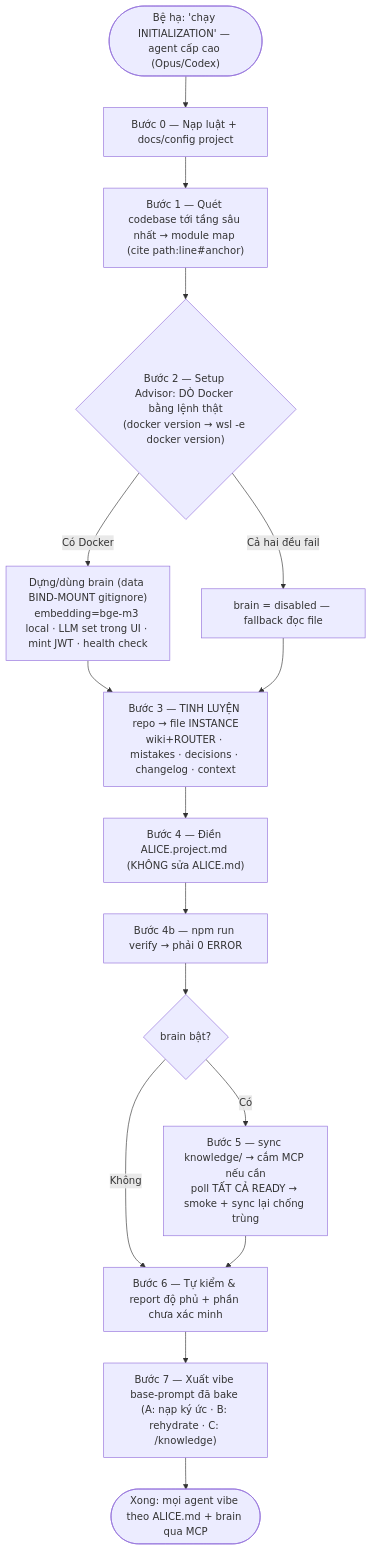
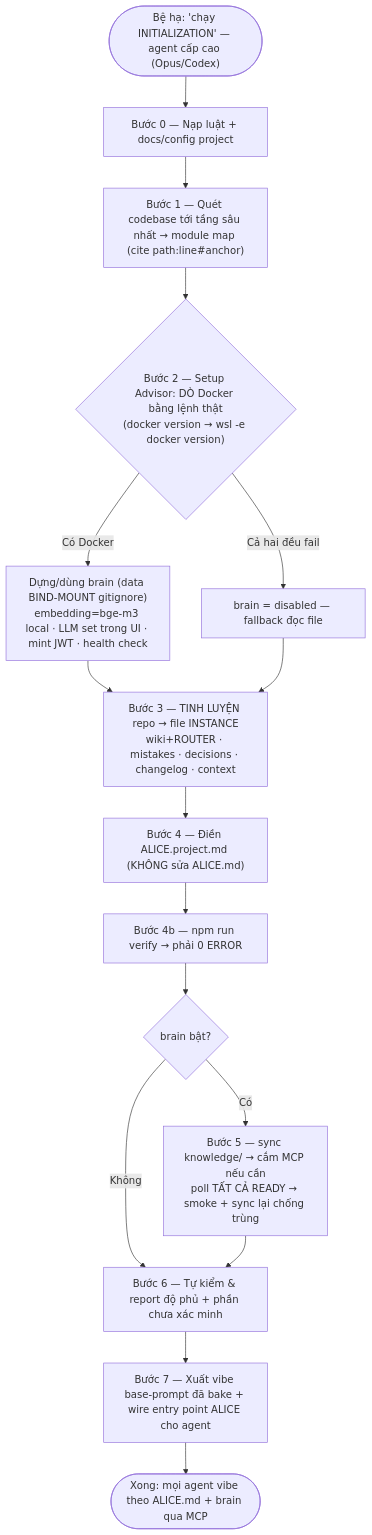
The diagram in INITIALIZATION.md (blueberry-sensei/alice-coding), drawn with Mermaid before and after one commit. The commit also changed other lines of this file and 10 other files, not shown here.

Commit message:
Bump version to 2.4.9; add entry point generation for coding agents and update documentation

````diff
--- a/INITIALIZATION.md
+++ b/INITIALIZATION.md
@@ -11,18 +11,18 @@
 ```mermaid
 flowchart TD
     A(["Bệ hạ: 'chạy INITIALIZATION' — agent cấp cao (Opus/Codex)"]) --> B["Bước 0 — Nạp luật + docs/config project"]
     B --> C["Bước 1 — Quét codebase tới tầng sâu nhất → module map (cite path:line#anchor)"]
     C --> D{"Bước 2 — Setup Advisor: DÒ Docker bằng lệnh thật<br/>(docker version → wsl -e docker version)"}
     D -->|Có Docker| E["Dựng/dùng brain (data BIND-MOUNT gitignore)<br/>embedding=bge-m3 local · LLM set trong UI · mint JWT · health check"]
     D -->|Cả hai đều fail| Ef["brain = disabled — fallback đọc file"]
     E --> F["Bước 3 — TINH LUYỆN repo → file INSTANCE<br/>wiki+ROUTER · mistakes · decisions · changelog · context"]
     Ef --> F
     F --> G4["Bước 4 — Điền ALICE.project.md (KHÔNG sửa ALICE.md)"]
     G4 --> V["Bước 4b — npm run verify → phải 0 ERROR"]
     V --> Gq{"brain bật?"}
     Gq -->|Có| G["Bước 5 — sync knowledge/ → cắm MCP nếu cần<br/>poll TẤT CẢ READY → smoke + sync lại chống trùng"]
     Gq -->|Không| J
     G --> J["Bước 6 — Tự kiểm & report độ phủ + phần chưa xác minh"]
-    J --> K["Bước 7 — Xuất vibe base-prompt đã bake (A: nạp ký ức · B: rehydrate · C: /knowledge)"]
+    J --> K["Bước 7 — Xuất vibe base-prompt đã bake + wire entry point ALICE cho agent"]
     K --> L(["Xong: mọi agent vibe theo ALICE.md + brain qua MCP"])
 ```
````
